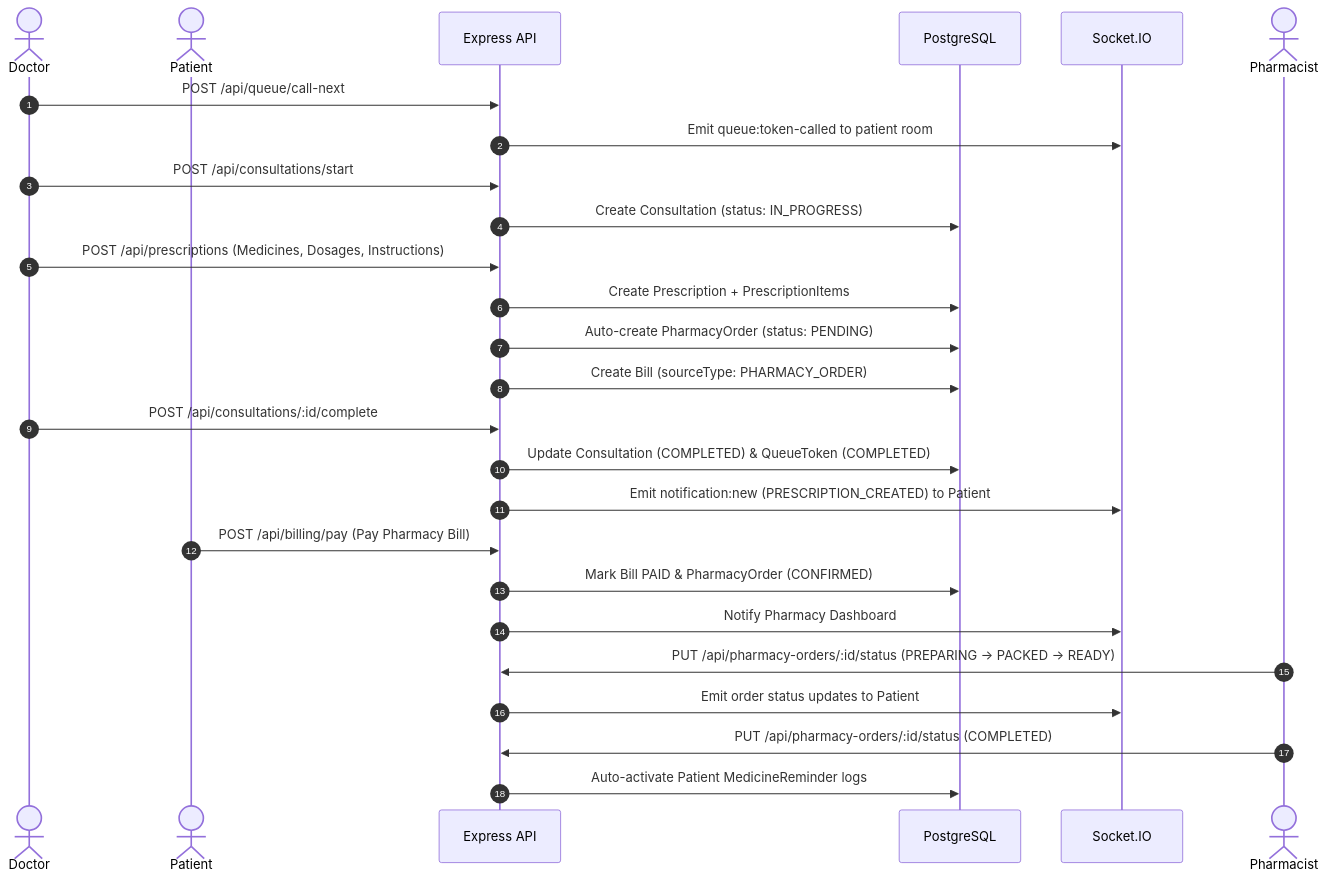
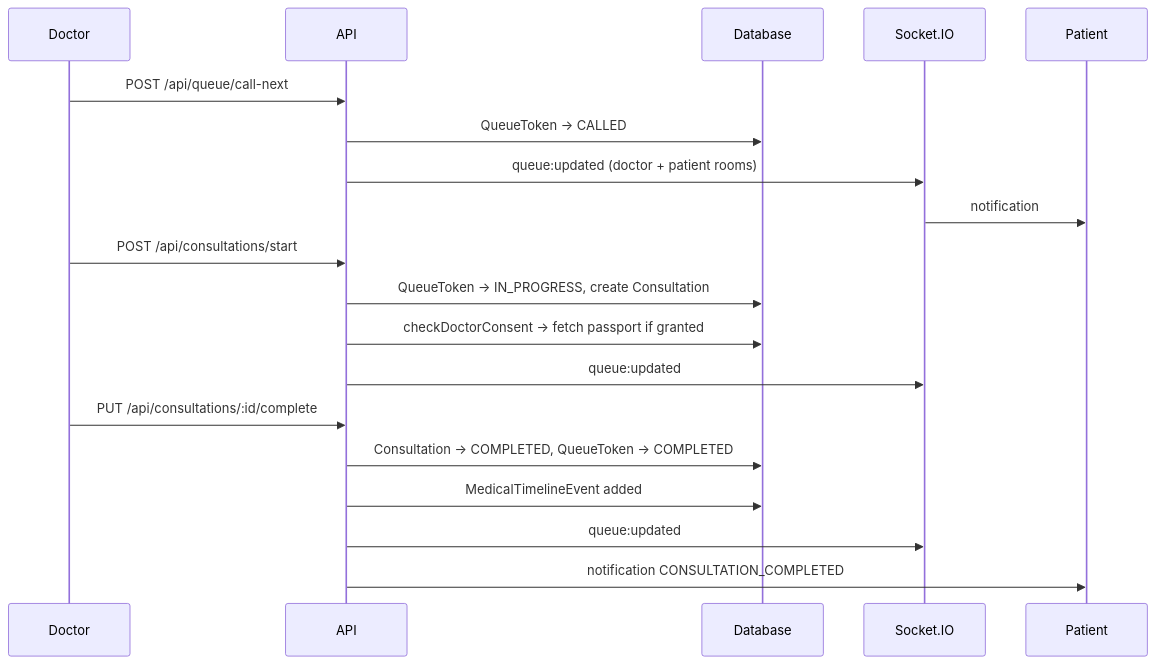
One commit to sudhanshu-0109/HealthCare-THOS- changed the seventh of 12 diagrams in README.md. Above: the diagram before and after it, drawn with Mermaid. The commit also changed other lines of this file and 85 other files, not shown here.

````diff
--- a/README.md
+++ b/README.md
@@ -306,33 +508,24 @@
 ```mermaid
 sequenceDiagram
-    autonumber
-    actor Doctor
-    actor Patient
-    participant API as Express API
-    participant DB as PostgreSQL
-    participant Socket as Socket.IO
-    actor Pharmacist
+    participant D as Doctor
+    participant A as API
+    participant DB as Database
+    participant S as Socket.IO
+    participant P as Patient
 
-    Doctor->>API: POST /api/queue/call-next
-    API->>Socket: Emit queue:token-called to patient room
-    Doctor->>API: POST /api/consultations/start
-    API->>DB: Create Consultation (status: IN_PROGRESS)
-    
-    Doctor->>API: POST /api/prescriptions (Medicines, Dosages, Instructions)
-    API->>DB: Create Prescription + PrescriptionItems
-    API->>DB: Auto-create PharmacyOrder (status: PENDING)
-    API->>DB: Create Bill (sourceType: PHARMACY_ORDER)
-    
-    Doctor->>API: POST /api/consultations/:id/complete
-    API->>DB: Update Consultation (COMPLETED) & QueueToken (COMPLETED)
-    API->>Socket: Emit notification:new (PRESCRIPTION_CREATED) to Patient
-    
-    Patient->>API: POST /api/billing/pay (Pay Pharmacy Bill)
-    API->>DB: Mark Bill PAID & PharmacyOrder (CONFIRMED)
-    API->>Socket: Notify Pharmacy Dashboard
-    
-    Pharmacist->>API: PUT /api/pharmacy-orders/:id/status (PREPARING -> PACKED -> READY)
-    API->>Socket: Emit order status updates to Patient
-    Pharmacist->>API: PUT /api/pharmacy-orders/:id/status (COMPLETED)
-    API->>DB: Auto-activate Patient MedicineReminder logs
+    D->>A: POST /api/queue/call-next
+    A->>DB: QueueToken → CALLED
+    A->>S: queue:updated (doctor + patient rooms)
+    S->>P: notification
+
+    D->>A: POST /api/consultations/start
+    A->>DB: QueueToken → IN_PROGRESS, create Consultation
+    A->>DB: checkDoctorConsent → fetch passport if granted
+    A->>S: queue:updated
+
+    D->>A: PUT /api/consultations/:id/complete
+    A->>DB: Consultation → COMPLETED, QueueToken → COMPLETED
+    A->>DB: MedicalTimelineEvent added
+    A->>S: queue:updated
+    A->>P: notification CONSULTATION_COMPLETED
 ```
````
